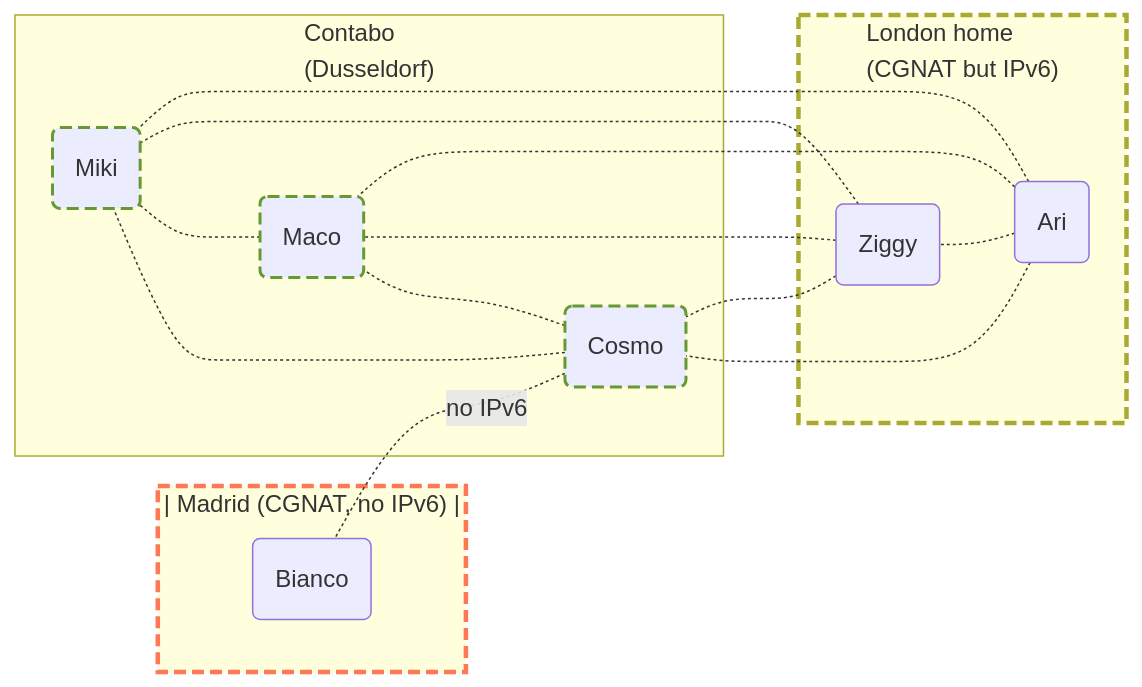
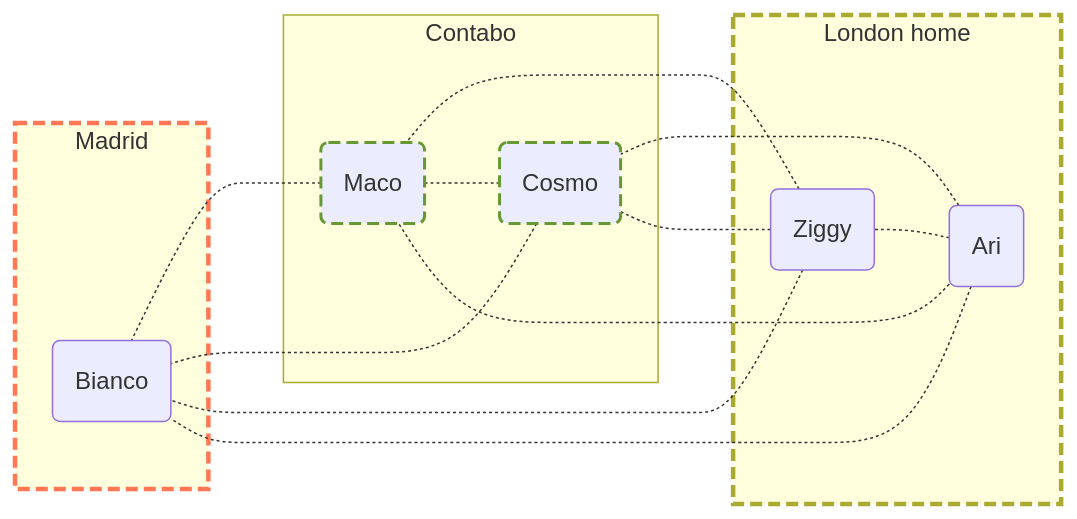
One commit to cottand/web-portfolio changed the first of 4 diagrams in src/assets/markdown/projects/Selfhosted.md. Above: the diagram before and after it, drawn with Mermaid. The commit also changed other lines of this file and 1 other file, not shown here.

Commit message:
update project and blog

````diff
--- a/src/assets/markdown/projects/Selfhosted.md
+++ b/src/assets/markdown/projects/Selfhosted.md
@@ -60,33 +60,27 @@
 ```mermaid
-%% !caption: Networking setup. NATs in orange, ingress in green. Nodes are named after my cats
+%% !caption: Networking setup (simplified). NATs in orange, ingress in green.
 graph RL
     style Cosmo stroke: #693, stroke-width: 2px, stroke-dasharray: 8 4
-    style Miki stroke: #693, stroke-width: 2px, stroke-dasharray: 8 4
     style Maco stroke: #693, stroke-width: 2px, stroke-dasharray: 8 4
     style Madrid stroke: #f75, stroke-width: 3px, stroke-dasharray: 8 4
     style London stroke: #fg75, stroke-width: 3px, stroke-dasharray: 8 4
-    subgraph Madrid["| Madrid (CGNAT, no IPv6) |"]
+    subgraph Madrid["Madrid"]
         Bianco(Bianco)
     end
-    subgraph London["London home \n (CGNAT but IPv6)"]
+    subgraph London["London home"]
         Ari(Ari)
         Ziggy(Ziggy)
     end
 
-    subgraph "Contabo \n (Dusseldorf)"
-        Cosmo(Cosmo)
-        Maco(Maco)
-        Miki("Miki")
+    subgraph "Contabo"
+      Cosmo(Cosmo)
+      Maco(Maco)
     end
 
-    Cosmo -.-|no IPv6| Bianco
-    Cosmo -.- Miki
-    Maco -.- Miki
-    Cosmo -.- Maco
+    Maco & Cosmo & Ziggy & Ari -.- Bianco
     Ari -..- Cosmo
     Ziggy -.- Maco & Cosmo
+    Cosmo -.- Maco
     Ari -.- Maco
-    Ziggy -.- Miki
-    Ari -.- Miki
     Ari -.- Ziggy
 ```
````
